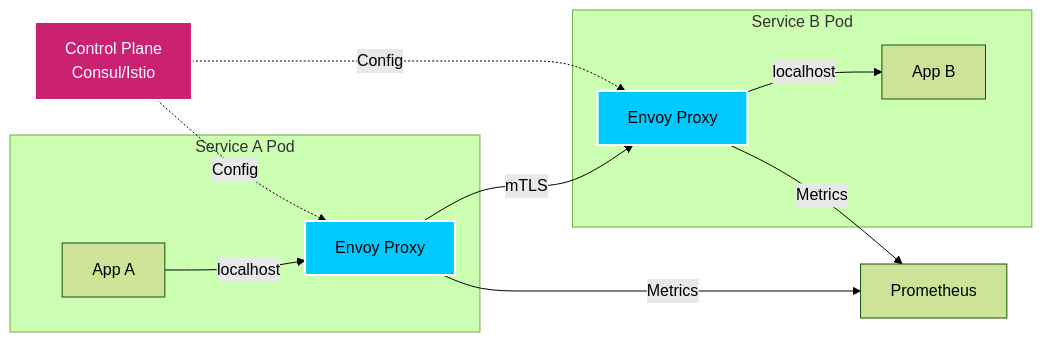
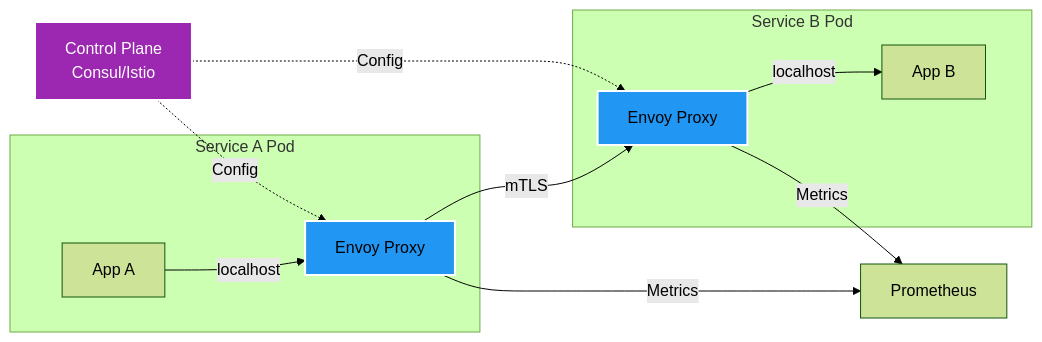
Before and after one commit to VBlackJack/ShellBook: the fourth of 4 diagrams in docs/devops/modern-networking.md, drawn with Mermaid (forest theme). The commit also changed other lines of this file and 337 other files, not shown here.

First line of the commit message:
refactor(docs): Standardize code blocks and Mermaid colors

````diff
--- a/docs/devops/modern-networking.md
+++ b/docs/devops/modern-networking.md
@@ -892,22 +892,22 @@
 ```mermaid
 graph LR
     subgraph "Service A Pod"
         A[App A] -->|localhost| PA[Envoy Proxy]
     end
 
     subgraph "Service B Pod"
         PB[Envoy Proxy] -->|localhost| B[App B]
     end
 
     PA -->|mTLS| PB
 
     CP[Control Plane<br/>Consul/Istio] -.Config.-> PA
     CP -.Config.-> PB
 
     PA -->|Metrics| PROM[Prometheus]
     PB -->|Metrics| PROM
 
-    style PA fill:#00c9ff,stroke:#fff,stroke-width:2px,color:#000
-    style PB fill:#00c9ff,stroke:#fff,stroke-width:2px,color:#000
-    style CP fill:#ca2171,stroke:#fff,stroke-width:2px,color:#fff
+    style PA fill:#2196F3,stroke:#fff,stroke-width:2px,color:#000
+    style PB fill:#2196F3,stroke:#fff,stroke-width:2px,color:#000
+    style CP fill:#9C27B0,stroke:#fff,stroke-width:2px,color:#fff
 ```
````
